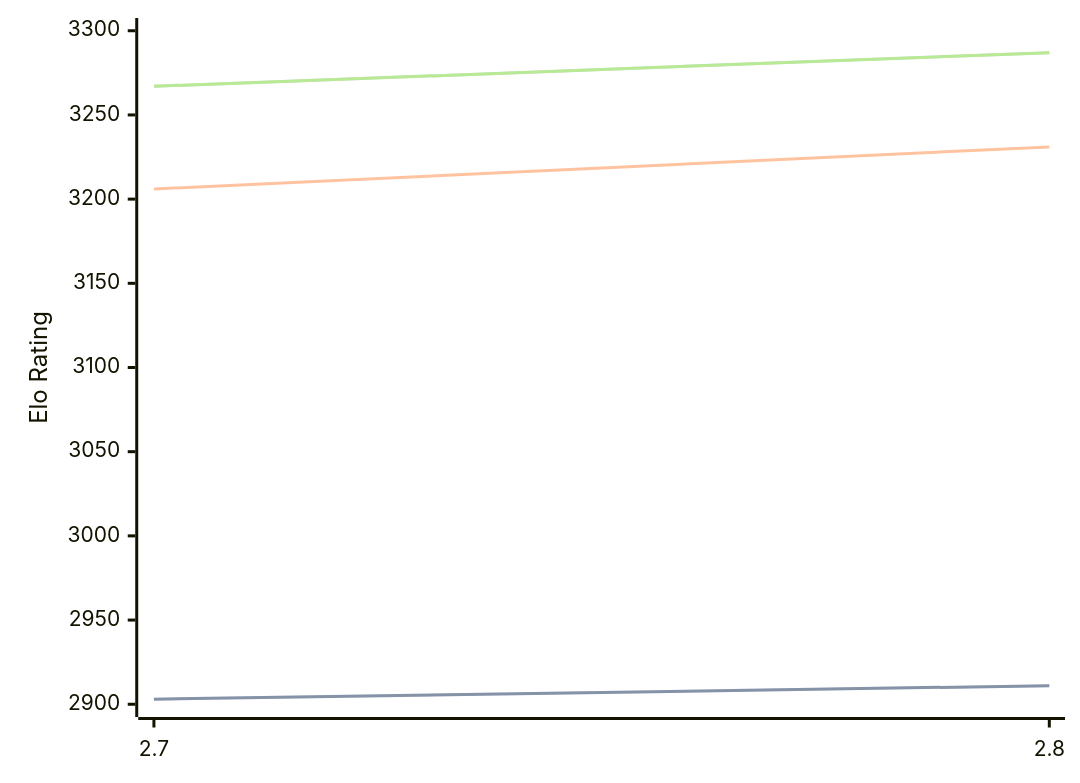
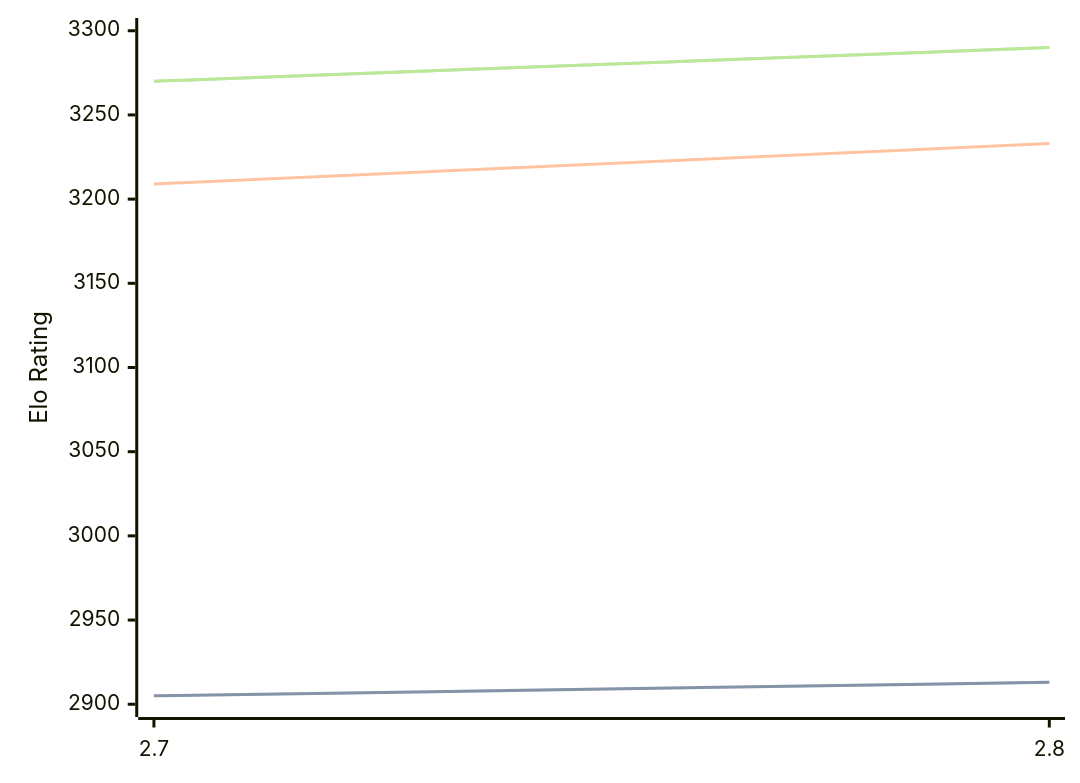
One commit to computer-chess-index/cci changed the diagram in engines/Arcanum.md. Above: the diagram before and after it, drawn with Mermaid. The commit also changed other lines of this file, not shown here.

Commit message:
Update CCI Ratings (ELO VLTC) - 2026-09-24

````diff
--- a/engines/Arcanum.md
+++ b/engines/Arcanum.md
@@ -32,11 +32,11 @@
 ```mermaid
 %%{init: {"theme":"base","themeVariables":{"seriesColors:['#a3a3a3','#222221','#faa371']}}}%%
 xychart-beta
   x-axis ["2.7", "2.8"]
   y-axis "Elo Rating" 2900 --> 3300
-  line "" [2903, 2911]
-  line "STC (8.0+0.08s)" [2903, 2911]
-  line "LTC (60.0+0.60s)" [3206, 3231]
-  line "" [3267, 3287]
-  line "VLTC (2m24s+1.12s)" [3267, 3287]
+  line "" [2905, 2913]
+  line "STC (8.0+0.08s)" [2905, 2913]
+  line "LTC (60.0+0.60s)" [3209, 3233]
+  line "" [3270, 3290]
+  line "VLTC (2m24s+1.12s)" [3270, 3290]
 ```
````
